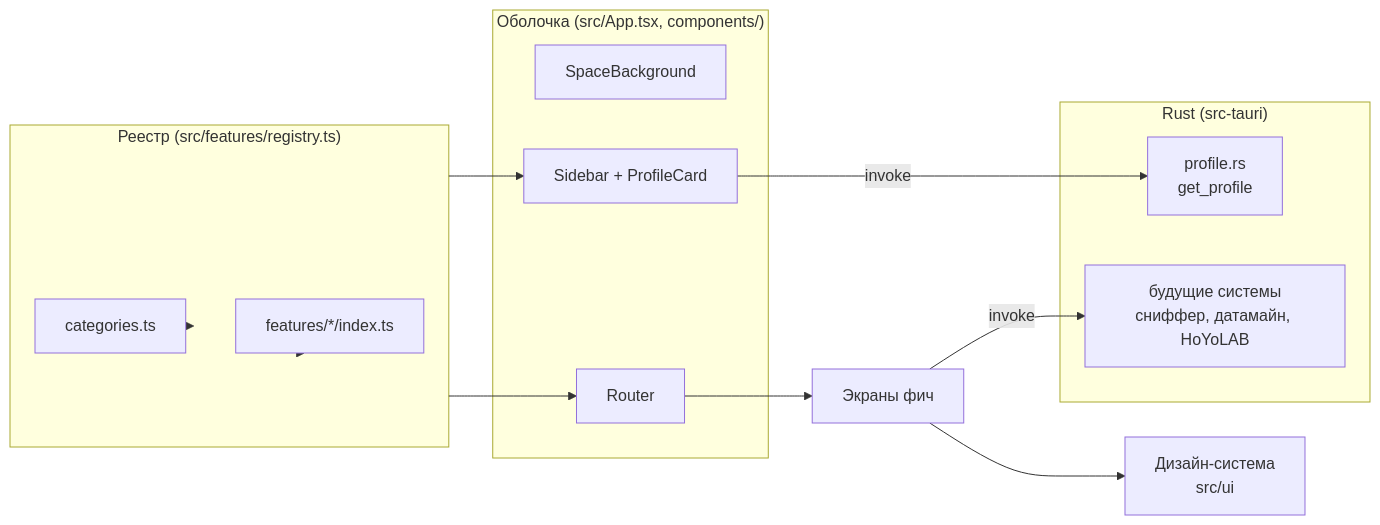
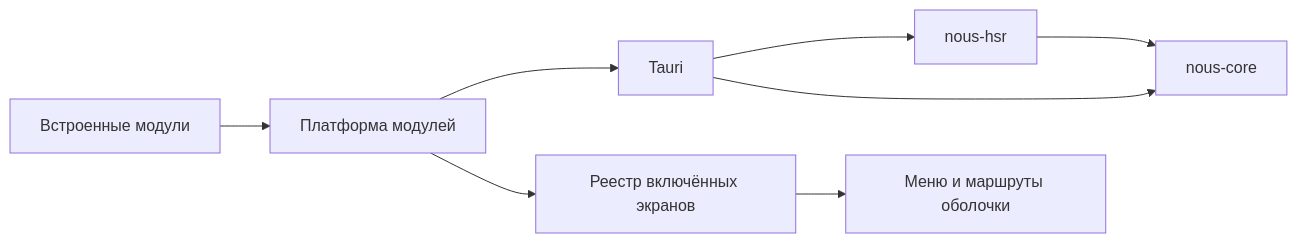
One commit to Nold0r/Nous changed the diagram in docs/Архитектура/Обзор архитектуры.md. Above: the diagram before and after it, drawn with Mermaid. The commit also changed other lines of this file and 16 other files, not shown here.

````diff
--- a/docs/Архитектура/Обзор архитектуры.md
+++ b/docs/Архитектура/Обзор архитектуры.md
@@ -9,25 +20,10 @@
 ```mermaid
 flowchart LR
-  subgraph Rust["Rust (src-tauri)"]
-    P[profile.rs<br/>get_profile]
-    S[будущие системы<br/>сниффер, датамайн, HoYoLAB]
-  end
-  subgraph Shell["Оболочка (src/App.tsx, components/)"]
-    BG[SpaceBackground]
-    SB[Sidebar + ProfileCard]
-    R[Router]
-  end
-  subgraph Reg["Реестр (src/features/registry.ts)"]
-    C[categories.ts]
-    F[features/*/index.ts]
-  end
-  UI[Дизайн-система<br/>src/ui]
-  F --> Reg
-  C --> Reg
-  Reg --> SB
-  Reg --> R
-  R --> Screens[Экраны фич]
-  Screens --> UI
-  Screens -- invoke --> S
-  SB -- invoke --> P
+  H[nous-hsr] --> C[nous-core]
+  T[Tauri] --> H
+  T --> C
+  P[Платформа модулей] --> T
+  M[Встроенные модули] --> P
+  R[Реестр включённых экранов] --> S[Меню и маршруты оболочки]
+  P --> R
 ```
````
